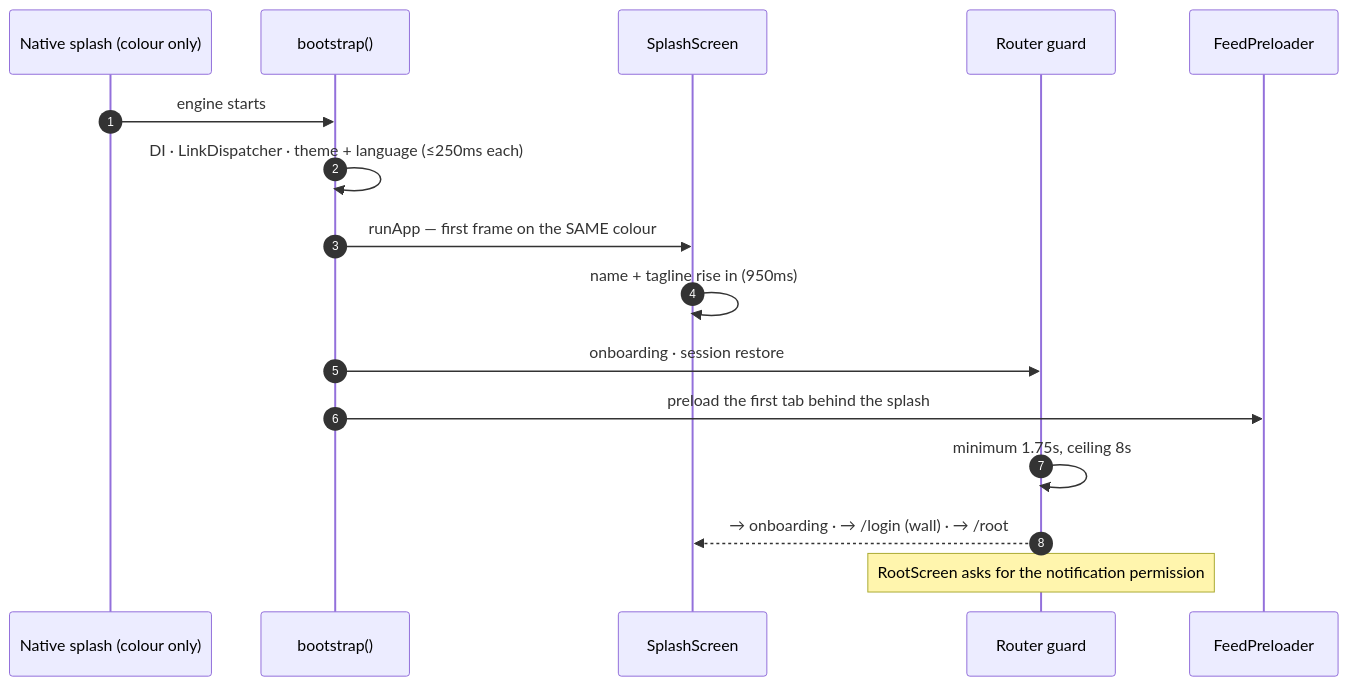
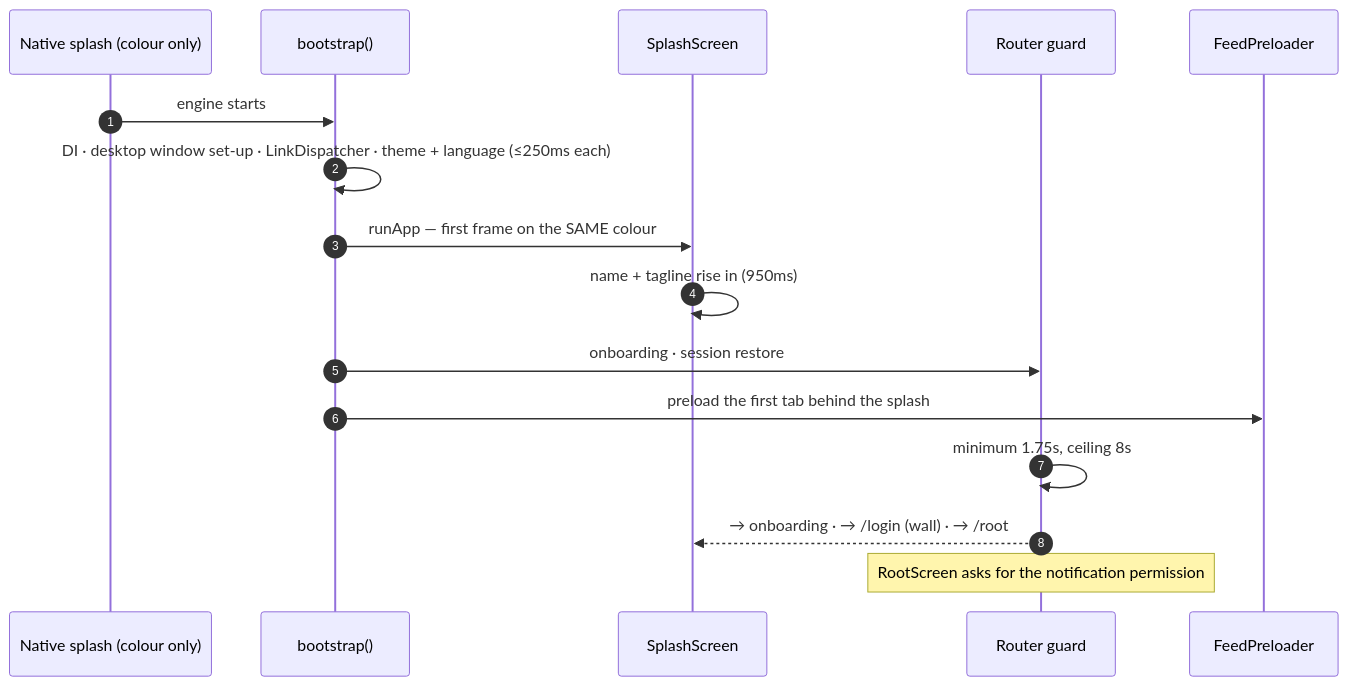
One commit to fat7i-alghareeb/flutter_starter_template changed the first of 4 diagrams in README.md. Above: the diagram before and after it, drawn with Mermaid. The commit also changed other lines of this file and 4 other files, not shown here.

````diff
--- a/README.md
+++ b/README.md
@@ -107,18 +107,18 @@
 ```mermaid
 sequenceDiagram
   autonumber
   participant OS as Native splash (colour only)
   participant B as bootstrap()
   participant S as SplashScreen
   participant R as Router guard
   participant P as FeedPreloader
   OS->>B: engine starts
-  B->>B: DI · LinkDispatcher · theme + language (≤250ms each)
+  B->>B: DI · desktop window set-up · LinkDispatcher · theme + language (≤250ms each)
   B->>S: runApp — first frame on the SAME colour
   S->>S: name + tagline rise in (950ms)
   B->>R: onboarding · session restore
   B->>P: preload the first tab behind the splash
   R->>R: minimum 1.75s, ceiling 8s
   R-->>S: → onboarding · → /login (wall) · → /root
   Note over R: RootScreen asks for the notification permission
 ```
````
